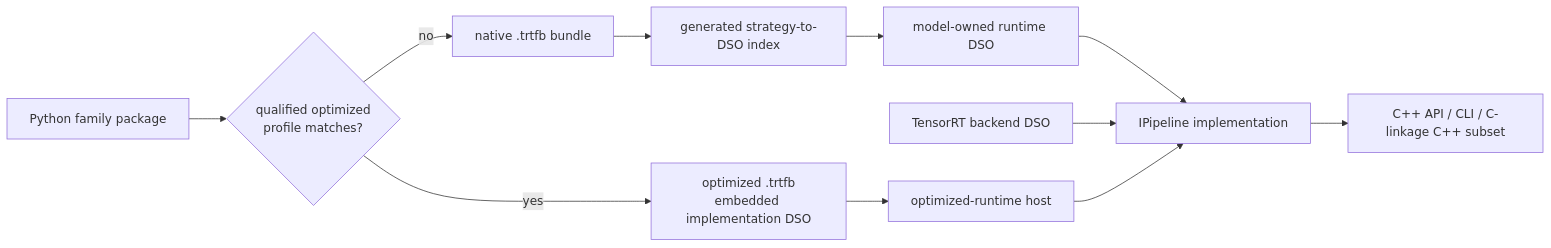
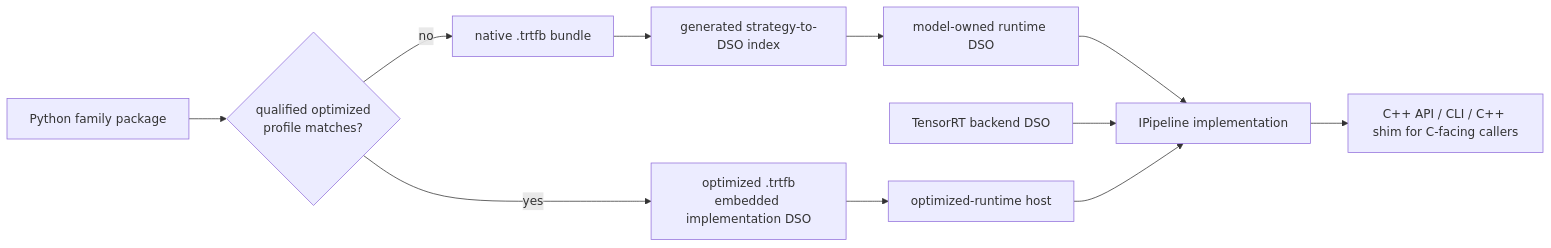
Before and after one commit to NVIDIA/TensorRT-Model-Connect: the first of 4 diagrams in website/docs/unit-design/building-blocks.md, drawn with Mermaid. The commit also changed other lines of this file and 18 other files, not shown here.

````diff
--- a/website/docs/unit-design/building-blocks.md
+++ b/website/docs/unit-design/building-blocks.md
@@ -7,13 +7,13 @@
 ```mermaid
 flowchart LR
   Family["Python family package"] --> Route{"qualified optimized<br/>profile matches?"}
   Route -->|no| Bundle["native .trtfb bundle"]
   Route -->|yes| Optimized["optimized .trtfb<br/>embedded implementation DSO"]
   Bundle --> Loader["generated strategy-to-DSO index"]
   Loader --> ModelDSO["model-owned runtime DSO"]
   ModelDSO --> Pipeline["IPipeline implementation"]
   Backend["TensorRT backend DSO"] --> Pipeline
   Optimized --> Provider["optimized-runtime host"]
   Provider --> Pipeline
-  Pipeline --> API["C++ API / CLI / C-linkage C++ subset"]
+  Pipeline --> API["C++ API / CLI / C++ shim for C-facing callers"]
 ```
````
